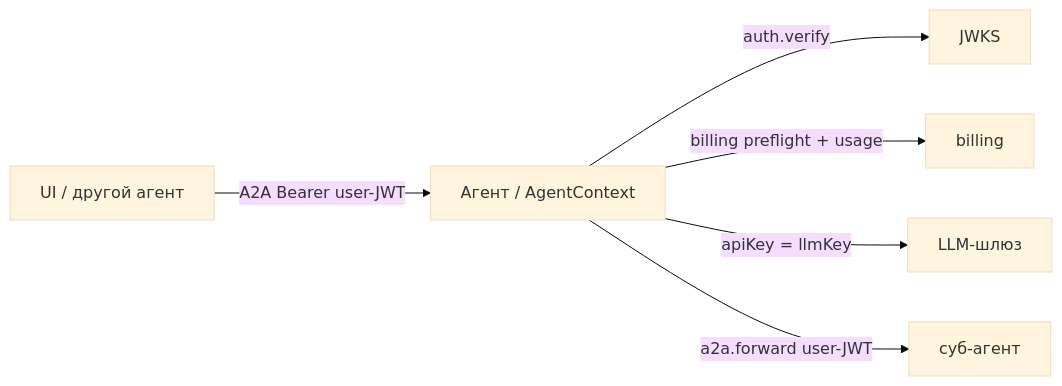
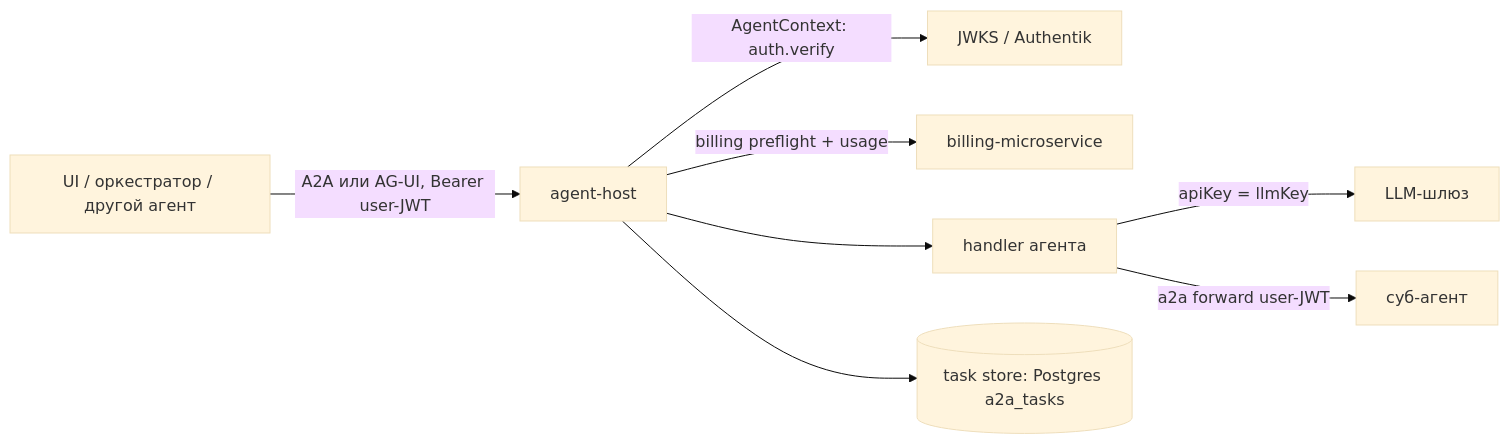
One commit to AI-37/ai37-agent-sdk changed the first of 2 diagrams in README.md. Above: the diagram before and after it, drawn with Mermaid (base theme). The commit also changed other lines of this file, not shown here.

````diff
--- a/README.md
+++ b/README.md
@@ -25,8 +21,10 @@
 ```mermaid
 flowchart LR
-  C[UI / другой агент] -->|A2A Bearer user-JWT| AG[Агент / AgentContext]
-  AG -->|auth.verify| J[JWKS]
-  AG -->|billing preflight + usage| B[billing]
-  AG -->|apiKey = llmKey| L[LLM-шлюз]
-  AG -->|a2a.forward user-JWT| S[суб-агент]
+  C[UI / оркестратор / другой агент] -->|A2A или AG-UI, Bearer user-JWT| H[agent-host]
+  H -->|AgentContext: auth.verify| J[JWKS / Authentik]
+  H -->|billing preflight + usage| B[billing-microservice]
+  H --> A[handler агента]
+  A -->|apiKey = llmKey| L[LLM-шлюз]
+  A -->|a2a forward user-JWT| S[суб-агент]
+  H --> T[(task store: Postgres a2a_tasks)]
 ```
````
